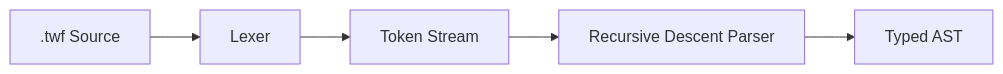
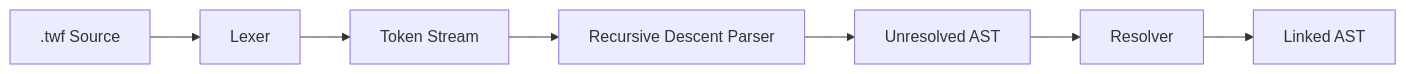
One commit to jmbarzee/temporal-skills changed the diagram in design/temporal_dsl_parser_6583e929.plan.md. Above: the diagram before and after it, drawn with Mermaid. The commit also changed other lines of this file and 15 other files, not shown here.

````diff
--- a/design/temporal_dsl_parser_6583e929.plan.md
+++ b/design/temporal_dsl_parser_6583e929.plan.md
@@ -36,7 +42,9 @@
 ```mermaid
 flowchart LR
     Input[".twf Source"] --> Lexer
     Lexer --> Tokens["Token Stream"]
     Tokens --> Parser["Recursive Descent Parser"]
-    Parser --> AST["Typed AST"]
+    Parser --> AST["Unresolved AST"]
+    AST --> Resolver["Resolver"]
+    Resolver --> Linked["Linked AST"]
 ```
````
